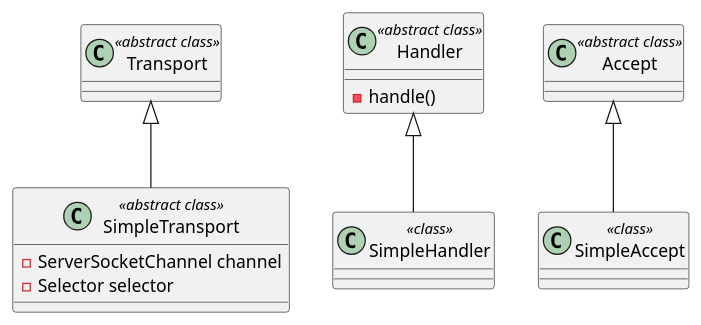
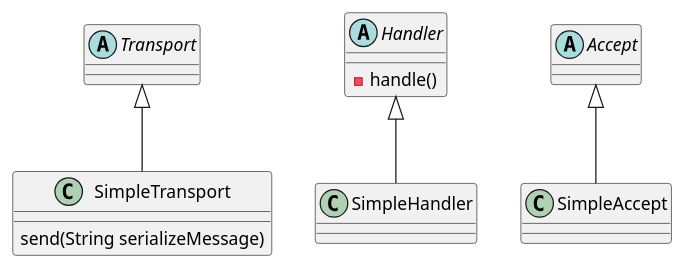
One commit to adanli/egg-rpc changed the first of 3 diagrams in readme.md. Above: the diagram before and after it, drawn with PlantUML. The commit also changed other lines of this file and 30 other files, not shown here.

````diff
--- a/readme.md
+++ b/readme.md
@@ -63,18 +66,17 @@
 ```puml
 @startuml
-class Transport <<abstract class>>
-class SimpleTransport <<abstract class>>{
-    {field} - ServerSocketChannel channel
-    {field} - Selector selector
+abstract class Transport
+class SimpleTransport{
+    {method} send(String serializeMessage)
 }
 Transport <|-- SimpleTransport
-class Handler <<abstract class>> {
+abstract class Handler {
     {method} - handle()
 }
 Handler <|-- SimpleHandler
-class SimpleHandler <<class>>
-class Accept <<abstract class>>
+class SimpleHandler
+abstract class Accept 
 Accept <|-- SimpleAccept
-class SimpleAccept <<class>>
+class SimpleAccept 
 @enduml
 ```
````
